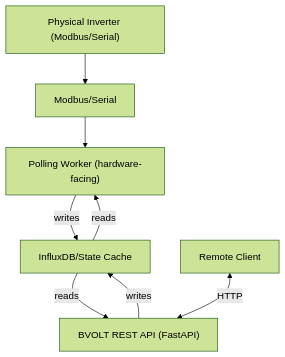
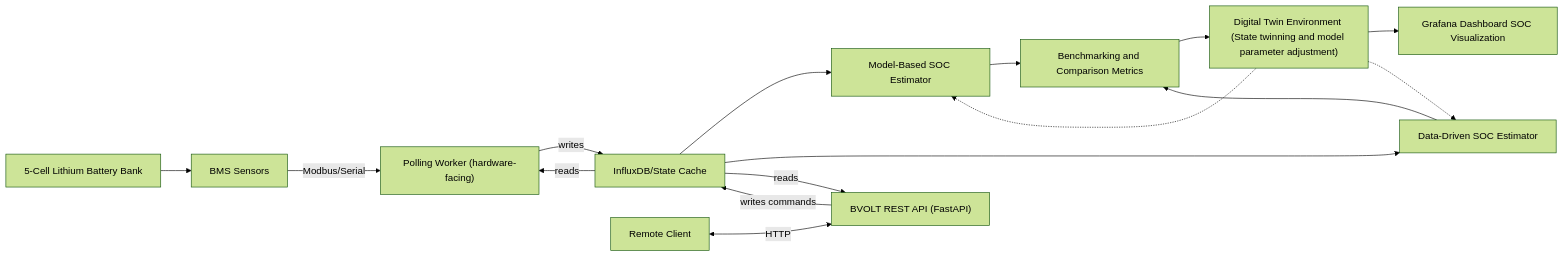
One commit to vdella/bvolt changed the diagram in README.md. Above: the diagram before and after it, drawn with Mermaid (forest theme).

Commit message:
updated mermaid diagram

````diff
--- a/README.md
+++ b/README.md
@@ -9,14 +9,77 @@
 ```mermaid
-flowchart TB
-INV["Physical Inverter (Modbus/Serial)"]
-MODBUS["Modbus/Serial"]
-WORKER["Polling Worker (hardware-facing)"]
+flowchart LR
+%% =====================
+%% Physical System
+%% =====================
+    BATTERY["5-Cell Lithium Battery Bank"]
+    BMS["BMS Sensors"]
 
-INV --> MODBUS --> WORKER
-WORKER -->|writes| DB["InfluxDB/State Cache"]
-DB -->|reads| WORKER
-DB -->|reads| API["BVOLT REST API (FastAPI)"]
-API -->|writes| DB
+    BATTERY --> BMS
+
+%% =====================
+%% Hardware-facing Layer
+%% =====================
+    WORKER["Polling Worker (hardware-facing)"]
+    BMS -->|Modbus/Serial| WORKER
+
+%% =====================
+%% State Persistence
+%% =====================
+    DB["InfluxDB/State Cache"]
+
+    WORKER -->|writes| DB
+    DB -->|reads| WORKER
+
+%% =====================
+%% Estimation Layer
+%% =====================
+    MHE["Model-Based SOC Estimator"]
+    TFT["Data-Driven SOC Estimator"]
+
+    DB --> MHE
+    DB --> TFT
+
+%% =====================
+%% Benchmarking
+%% =====================
+    COMPARE["Benchmarking and Comparison Metrics"]
+
+    MHE --> COMPARE
+    TFT --> COMPARE
+
+%% =====================
+%% Digital Twin
+%% =====================
+    TWIN["Digital Twin Environment (State twinning and model parameter adjustment)"]
+
+COMPARE --> TWIN
+
+%% =====================
+%% Visualization
+%% =====================
+DASH["Grafana Dashboard SOC Visualization"]
+
+TWIN --> DASH
+
+%% =====================
+%% API Layer (BVOLT)
+%% =====================
+API["BVOLT REST API (FastAPI)"]
+
+DB -->|reads| API
+API -->|writes commands| DB
+
+%% =====================
+%% Remote Client
+%% =====================
 CLIENT["Remote Client"]
+
 CLIENT <-->|HTTP| API
+
+%% =====================
+%% Feedback Loops (Optional)
+%% =====================
+TWIN -.-> MHE
+TWIN -.-> TFT
+
 ```
````
